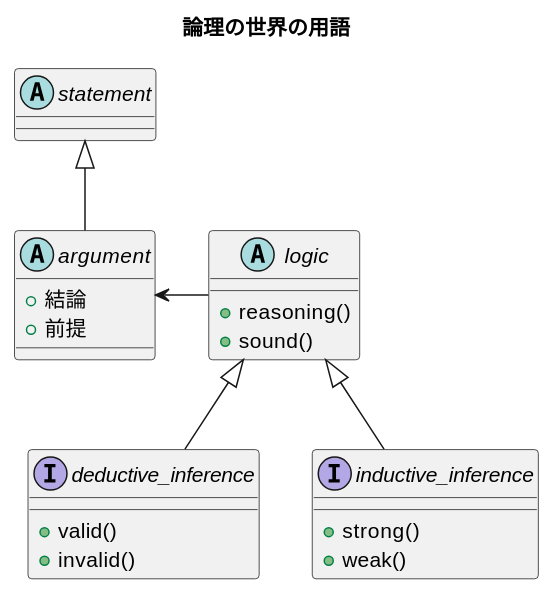
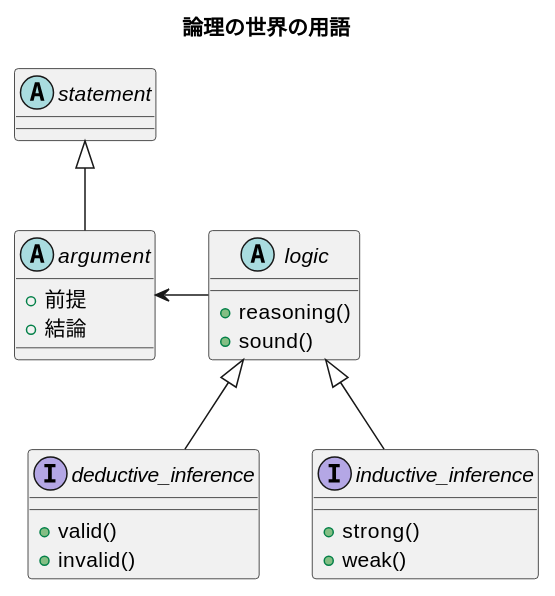
The second of 30 diagrams in docs/slides/WIP.md (k2works/pragmatic-presentation-exercise-2024), drawn with PlantUML before and after one commit. The commit also changed other lines of this file and 1 other file, not shown here.

````diff
--- a/docs/slides/WIP.md
+++ b/docs/slides/WIP.md
@@ -89,35 +89,35 @@
 ```plantuml
 @startuml
 
 title 論理の世界の用語
 
 abstract "statement" as A {
 }
 
 abstract "argument" as B {
+  + 前提
   + 結論
-  + 前提
 }
 
 abstract "logic" as C {
   + reasoning()
   + sound()
 }
 
 interface "deductive_inference" as D {
   + valid()
   + invalid()
 }
 
 interface "inductive_inference" as E {
   + strong()
   + weak()
 }
 
 A <|-- B
 B <- C
 C <|-- D
 C <|-- E
 
 @enduml
 ```
````
